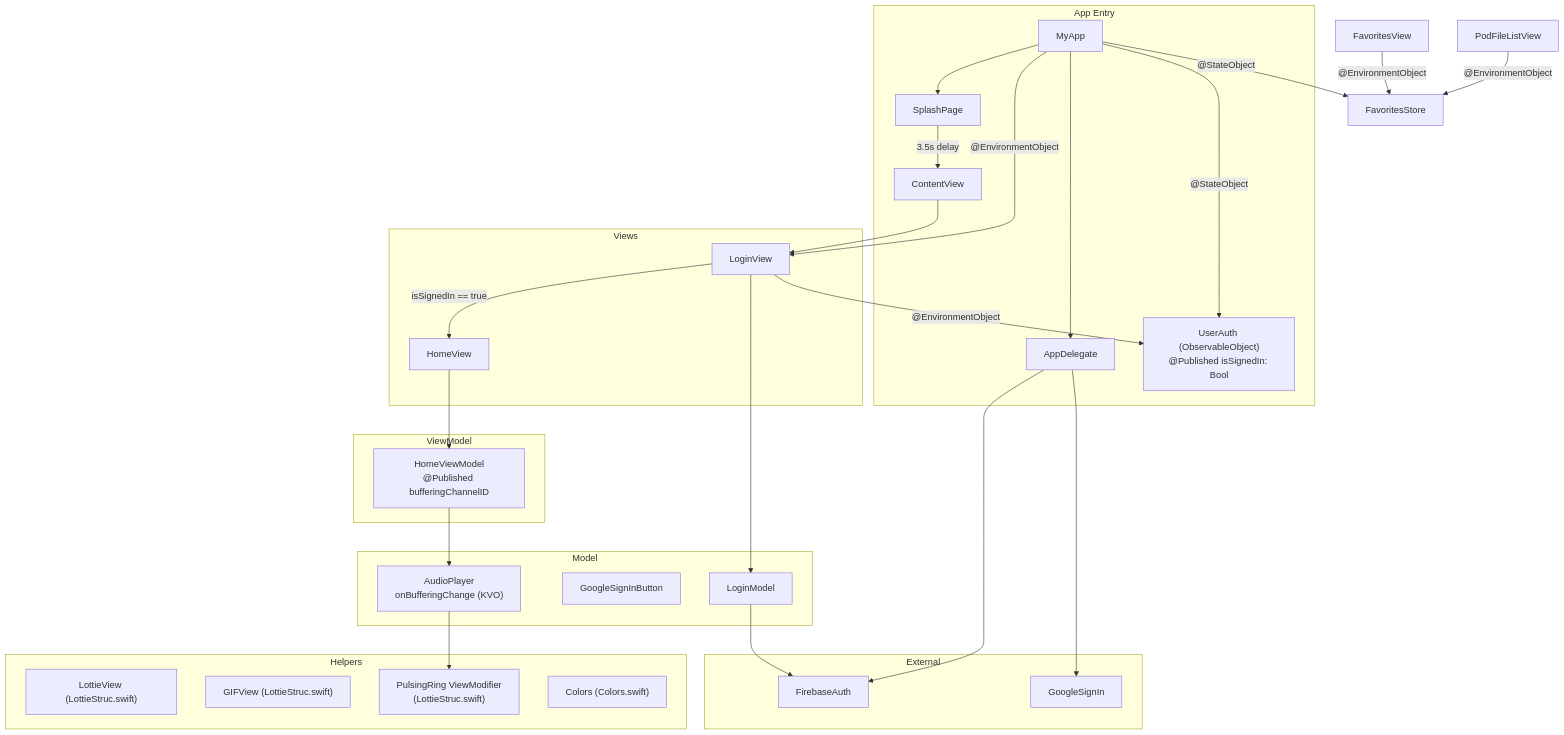
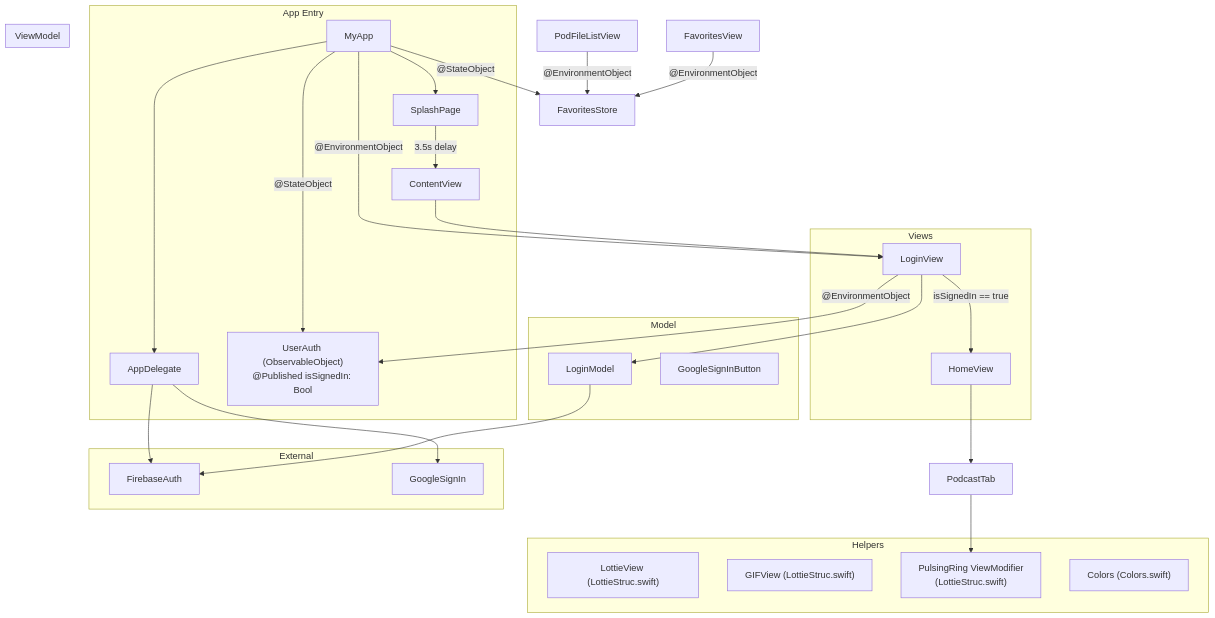
One commit to AlvarArias/SR-Player changed the diagram in CLAUDE.md. Above: the diagram before and after it, drawn with Mermaid. The commit also changed other lines of this file and 11 other files, not shown here.

````diff
--- a/CLAUDE.md
+++ b/CLAUDE.md
@@ -76,50 +76,47 @@
 ```mermaid
 graph TD
     subgraph App["App Entry"]
         MyApp --> AppDelegate
         MyApp -->|"@StateObject"| UserAuth
         MyApp --> SplashPage
         SplashPage -->|"3.5s delay"| ContentView
     end
 
     subgraph Views
         ContentView --> LoginView
         LoginView -->|"isSignedIn == true"| HomeView
     end
 
     subgraph ViewModel
         UserAuth["UserAuth (ObservableObject)\n@Published isSignedIn: Bool"]
-        HomeViewModel["HomeViewModel\n@Published bufferingChannelID"]
     end
 
     subgraph Model
         LoginModel
         GoogleSignInButton
-        AudioPlayer["AudioPlayer\nonBufferingChange (KVO)"]
     end
 
     subgraph Helpers
         LottieView["LottieView (LottieStruc.swift)"]
         GIFView["GIFView (LottieStruc.swift)"]
         PulsingRing["PulsingRing ViewModifier\n(LottieStruc.swift)"]
         Colors["Colors (Colors.swift)"]
     end
 
     subgraph External
         FirebaseAuth
         GoogleSignIn
     end
 
     MyApp -->|"@StateObject"| FavoritesStore
     MyApp -->|"@EnvironmentObject"| LoginView
     LoginView -->|"@EnvironmentObject"| UserAuth
     LoginView --> LoginModel
     LoginModel --> FirebaseAuth
     AppDelegate --> FirebaseAuth
     AppDelegate --> GoogleSignIn
-    HomeView --> HomeViewModel
-    HomeViewModel --> AudioPlayer
-    AudioPlayer --> PulsingRing
+    HomeView --> PodcastTab
+    PodcastTab --> PulsingRing
     FavoritesView -->|"@EnvironmentObject"| FavoritesStore
     PodFileListView -->|"@EnvironmentObject"| FavoritesStore
 ```
````
